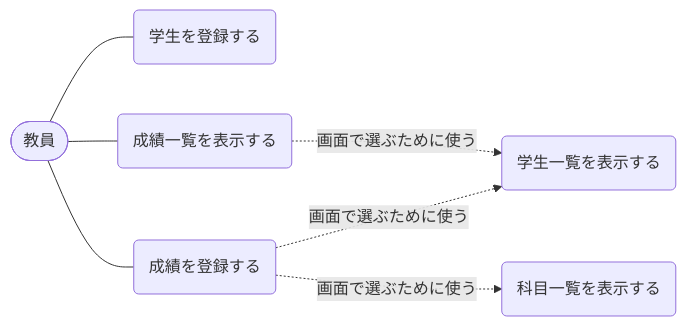
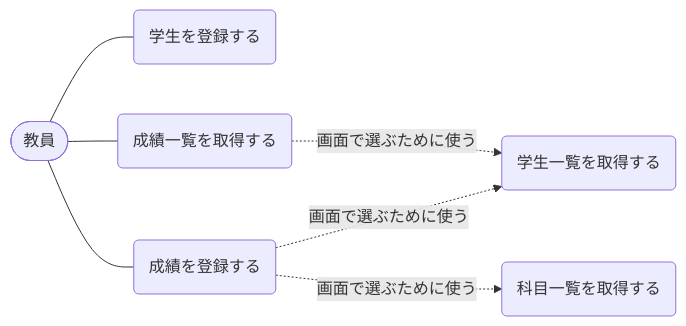
One commit to YTS0418/PRMN_SYSTEM_Sample changed the first of 2 diagrams in docs/ユースケース記述.md. Above: the diagram before and after it, drawn with Mermaid. The commit also changed other lines of this file and 19 other files, not shown here.

````diff
--- a/docs/ユースケース記述.md
+++ b/docs/ユースケース記述.md
@@ -23,10 +23,10 @@
 ```mermaid
 flowchart LR
     利用者([教員])
     利用者 --- A(学生を登録する)
     利用者 --- B(成績を登録する)
-    利用者 --- C(成績一覧を表示する)
-    B -. 画面で選ぶために使う .-> D(学生一覧を表示する)
-    B -. 画面で選ぶために使う .-> E(科目一覧を表示する)
+    利用者 --- C(成績一覧を取得する)
+    B -. 画面で選ぶために使う .-> D(学生一覧を取得する)
+    B -. 画面で選ぶために使う .-> E(科目一覧を取得する)
     C -. 画面で選ぶために使う .-> D
 ```
````
